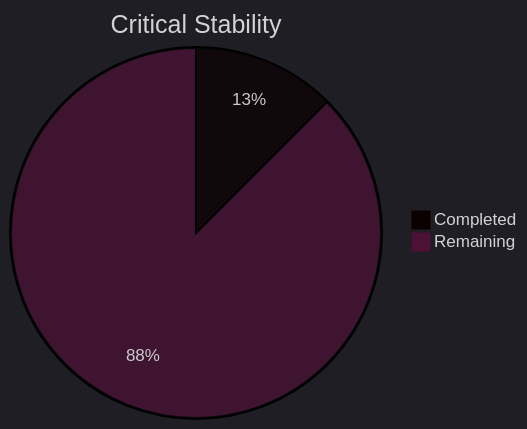
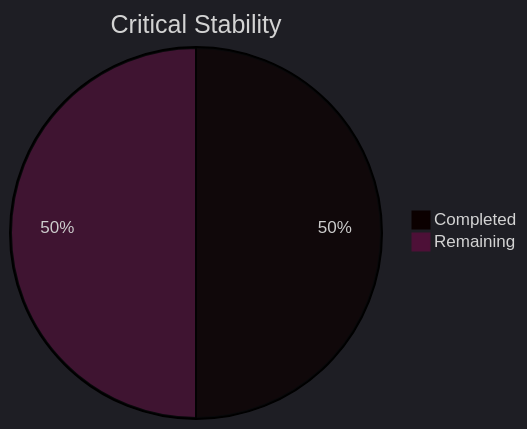
One commit to Neogleamz/SK8Lytz changed the second of 5 diagrams in tools/SK8Lytz_Bucket_List.md. Above: the diagram before and after it, drawn with Mermaid. The commit also changed other lines of this file and 2 other files, not shown here.

Commit message:
refactor(device-group-persistence): implement SSOT architecture from useRegistration and drop ng_custom_groups

````diff
--- a/tools/SK8Lytz_Bucket_List.md
+++ b/tools/SK8Lytz_Bucket_List.md
@@ -20,6 +20,6 @@
 ```mermaid
 %%{init: {'theme': 'dark'}}%%
 pie title Critical Stability
-  "Completed" : 1
-  "Remaining" : 7
+  "Completed" : 4
+  "Remaining" : 4
 ```
````
